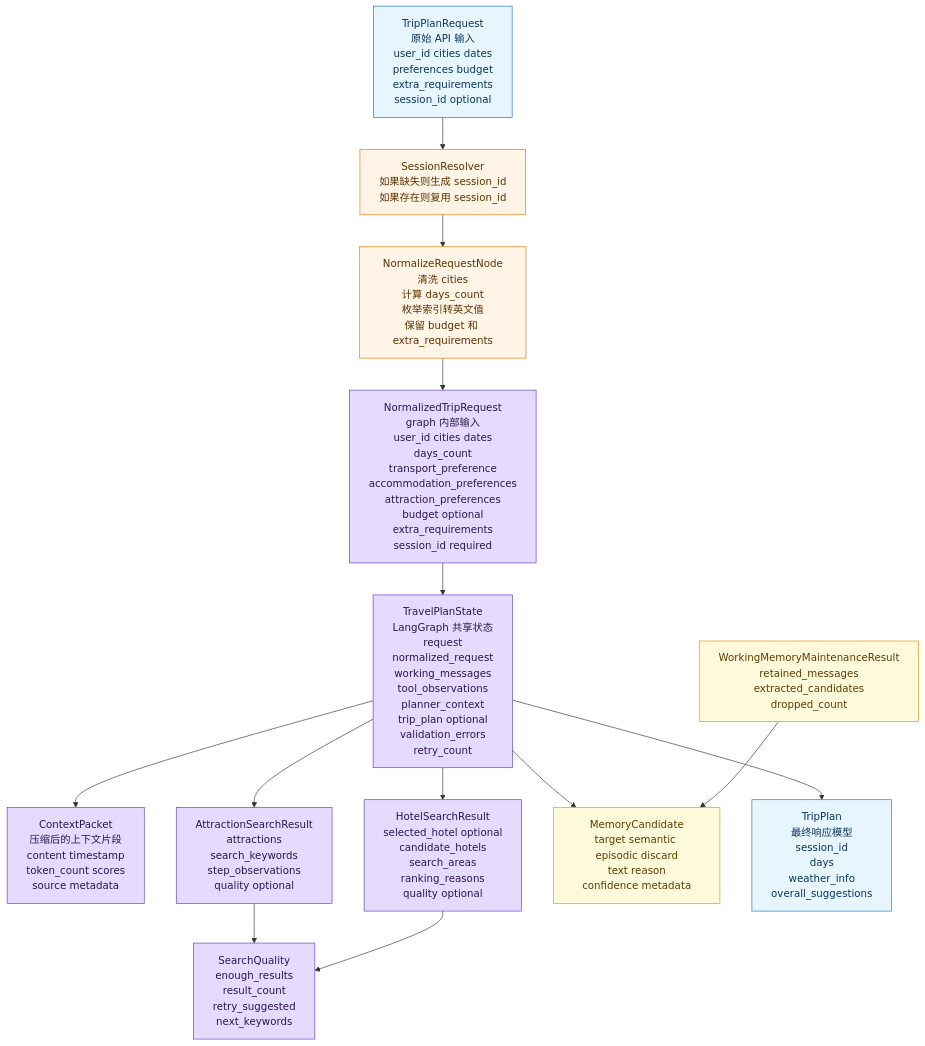
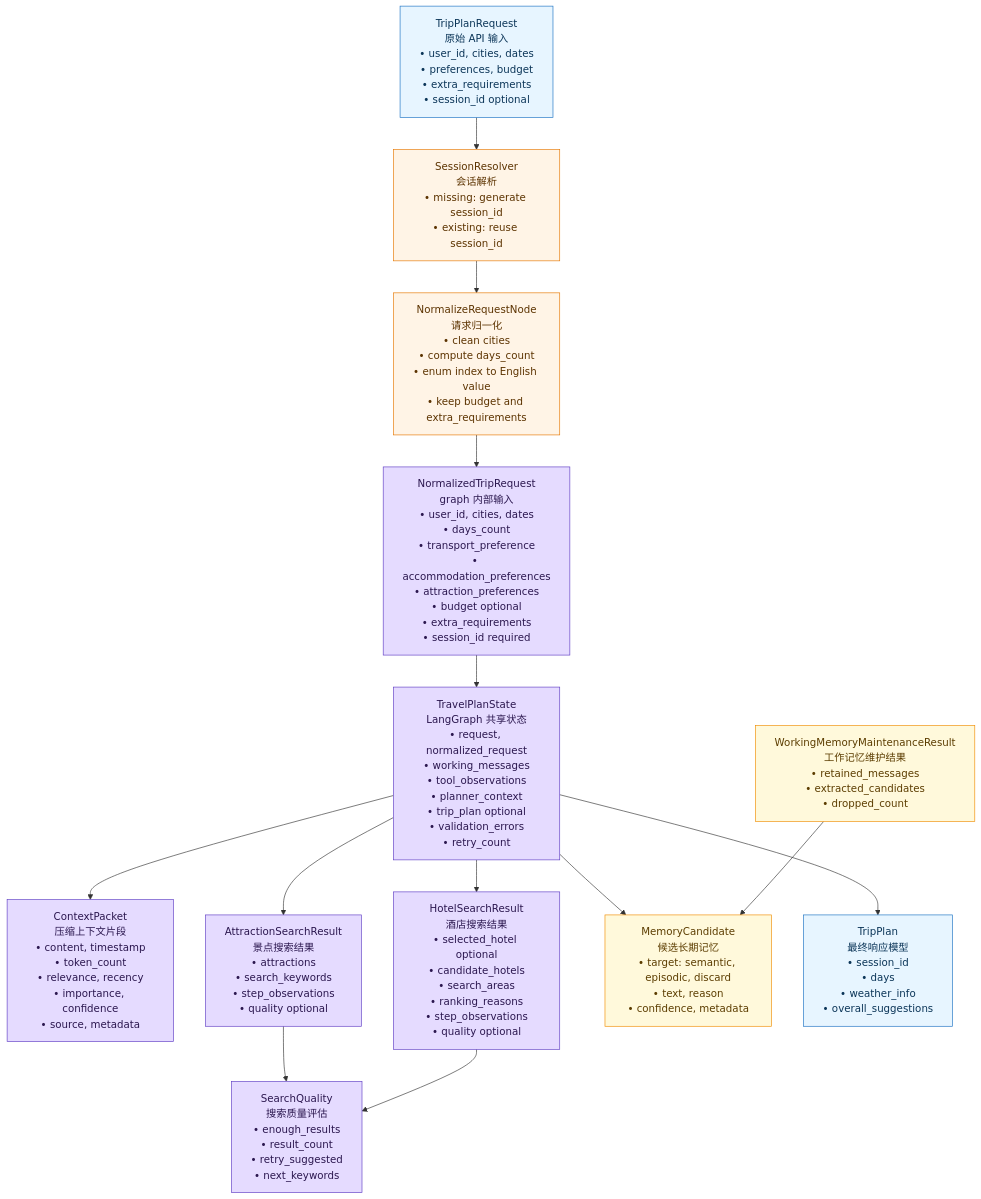
The third of 3 diagrams in README.md (TheBigCharles/ZoeyAgent), drawn with Mermaid before and after one commit.

````diff
--- a/README.md
+++ b/README.md
@@ -201,37 +201,37 @@
 ```mermaid
 flowchart TB
-    request["TripPlanRequest<br/>原始 API 输入<br/>user_id cities dates<br/>preferences budget<br/>extra_requirements<br/>session_id optional"]
-    session["SessionResolver<br/>如果缺失则生成 session_id<br/>如果存在则复用 session_id"]
-    normalize["NormalizeRequestNode<br/>清洗 cities<br/>计算 days_count<br/>枚举索引转英文值<br/>保留 budget 和 extra_requirements"]
-    normalized["NormalizedTripRequest<br/>graph 内部输入<br/>user_id cities dates<br/>days_count<br/>transport_preference<br/>accommodation_preferences<br/>attraction_preferences<br/>budget optional<br/>extra_requirements<br/>session_id required"]
+    request["TripPlanRequest<br/>原始 API 输入<br/>&bull; user_id, cities, dates<br/>&bull; preferences, budget<br/>&bull; extra_requirements<br/>&bull; session_id optional"]
+    session["SessionResolver<br/>会话解析<br/>&bull; missing: generate session_id<br/>&bull; existing: reuse session_id"]
+    normalize["NormalizeRequestNode<br/>请求归一化<br/>&bull; clean cities<br/>&bull; compute days_count<br/>&bull; enum index to English value<br/>&bull; keep budget and extra_requirements"]
+    normalized["NormalizedTripRequest<br/>graph 内部输入<br/>&bull; user_id, cities, dates<br/>&bull; days_count<br/>&bull; transport_preference<br/>&bull; accommodation_preferences<br/>&bull; attraction_preferences<br/>&bull; budget optional<br/>&bull; extra_requirements<br/>&bull; session_id required"]
 
-    state["TravelPlanState<br/>LangGraph 共享状态<br/>request<br/>normalized_request<br/>working_messages<br/>tool_observations<br/>planner_context<br/>trip_plan optional<br/>validation_errors<br/>retry_count"]
+    state["TravelPlanState<br/>LangGraph 共享状态<br/>&bull; request, normalized_request<br/>&bull; working_messages<br/>&bull; tool_observations<br/>&bull; planner_context<br/>&bull; trip_plan optional<br/>&bull; validation_errors<br/>&bull; retry_count"]
 
-    context["ContextPacket<br/>压缩后的上下文片段<br/>content timestamp<br/>token_count scores<br/>source metadata"]
-    attractionResult["AttractionSearchResult<br/>attractions<br/>search_keywords<br/>step_observations<br/>quality optional"]
-    hotelResult["HotelSearchResult<br/>selected_hotel optional<br/>candidate_hotels<br/>search_areas<br/>ranking_reasons<br/>quality optional"]
-    quality["SearchQuality<br/>enough_results<br/>result_count<br/>retry_suggested<br/>next_keywords"]
-    memoryCandidate["MemoryCandidate<br/>target semantic episodic discard<br/>text reason<br/>confidence metadata"]
-    maintenance["WorkingMemoryMaintenanceResult<br/>retained_messages<br/>extracted_candidates<br/>dropped_count"]
-    tripPlan["TripPlan<br/>最终响应模型<br/>session_id<br/>days<br/>weather_info<br/>overall_suggestions"]
+    context["ContextPacket<br/>压缩上下文片段<br/>&bull; content, timestamp<br/>&bull; token_count<br/>&bull; relevance, recency<br/>&bull; importance, confidence<br/>&bull; source, metadata"]
+    attractionResult["AttractionSearchResult<br/>景点搜索结果<br/>&bull; attractions<br/>&bull; search_keywords<br/>&bull; step_observations<br/>&bull; quality optional"]
+    hotelResult["HotelSearchResult<br/>酒店搜索结果<br/>&bull; selected_hotel optional<br/>&bull; candidate_hotels<br/>&bull; search_areas<br/>&bull; ranking_reasons<br/>&bull; step_observations<br/>&bull; quality optional"]
+    quality["SearchQuality<br/>搜索质量评估<br/>&bull; enough_results<br/>&bull; result_count<br/>&bull; retry_suggested<br/>&bull; next_keywords"]
+    memoryCandidate["MemoryCandidate<br/>候选长期记忆<br/>&bull; target: semantic, episodic, discard<br/>&bull; text, reason<br/>&bull; confidence, metadata"]
+    maintenance["WorkingMemoryMaintenanceResult<br/>工作记忆维护结果<br/>&bull; retained_messages<br/>&bull; extracted_candidates<br/>&bull; dropped_count"]
+    tripPlan["TripPlan<br/>最终响应模型<br/>&bull; session_id<br/>&bull; days<br/>&bull; weather_info<br/>&bull; overall_suggestions"]
 
     request --> session --> normalize --> normalized --> state
     state --> context
     state --> attractionResult
     state --> hotelResult
     state --> memoryCandidate
     state --> tripPlan
     attractionResult --> quality
     hotelResult --> quality
     maintenance --> memoryCandidate
 
     classDef api fill:#e7f5ff,stroke:#1971c2,color:#0b3558
     classDef transform fill:#fff4e6,stroke:#e67700,color:#5c3300
     classDef internal fill:#e5dbff,stroke:#5f3dc4,color:#2b174f
     classDef memory fill:#fff9db,stroke:#f08c00,color:#5c3d00
 
     class request,tripPlan api
     class session,normalize transform
     class normalized,state,context,attractionResult,hotelResult,quality internal
     class memoryCandidate,maintenance memory
 ```
````
